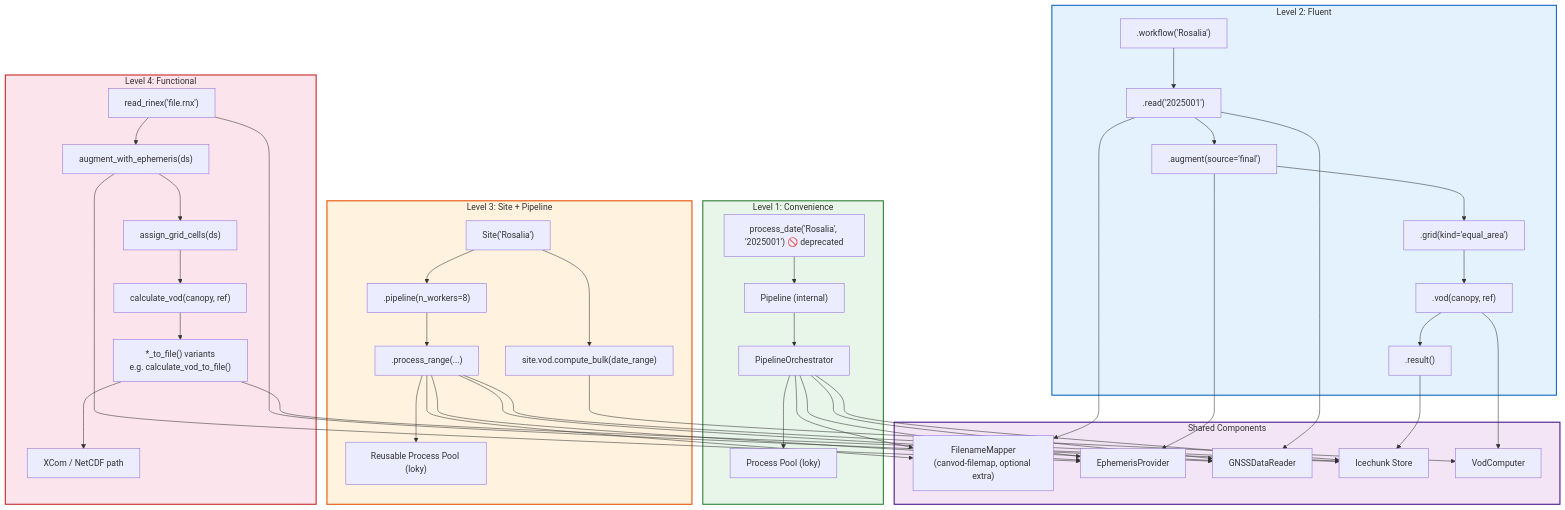
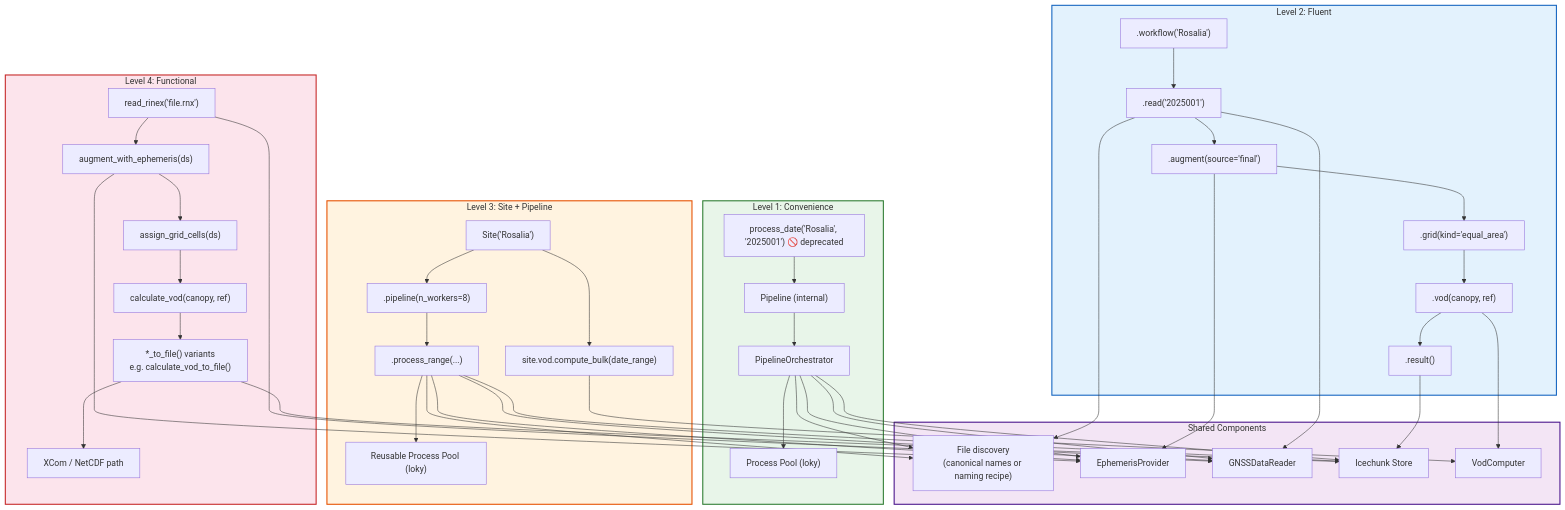
The diagram in docs/diagrams/07-api-levels.mmd (nfb2021/canvodpy), drawn with Mermaid before and after one commit. The commit also changed 26 other files, not shown here.

```diff
--- a/docs/diagrams/07-api-levels.mmd
+++ b/docs/diagrams/07-api-levels.mmd
@@ -1,68 +1,68 @@
 flowchart TD
     subgraph L1["Level 1: Convenience"]
         L1A["process_date('Rosalia', '2025001') 🚫 deprecated"]
         L1A --> L1B["Pipeline (internal)"]
         L1B --> L1C["PipelineOrchestrator"]
         L1C --> L1D["Process Pool (loky)"]
     end
 
     subgraph L2["Level 2: Fluent"]
         L2A[".workflow('Rosalia')"]
         L2A --> L2B[".read('2025001')"]
         L2B --> L2C[".augment(source='final')"]
         L2C --> L2E[".grid(kind='equal_area')"]
         L2E --> L2F[".vod(canopy, ref)"]
         L2F --> L2D[".result()"]
     end
 
     subgraph L3["Level 3: Site + Pipeline"]
         L3A["Site('Rosalia')"]
         L3A --> L3B[".pipeline(n_workers=8)"]
         L3B --> L3C[".process_range(...)"]
         L3C --> L3D["Reusable Process Pool (loky)"]
         L3A --> L3E["site.vod.compute_bulk(date_range)"]
     end
 
     subgraph L4["Level 4: Functional"]
         L4A["read_rinex('file.rnx')"]
         L4A --> L4B["augment_with_ephemeris(ds)"]
         L4B --> L4G["assign_grid_cells(ds)"]
         L4G --> L4C["calculate_vod(canopy, ref)"]
         L4C --> L4H["*_to_file() variants<br/>e.g. calculate_vod_to_file()"]
         L4H --> L4D["XCom / NetCDF path"]
     end
 
     subgraph Shared["Shared Components"]
-        FM["FilenameMapper<br/>(canvod-filemap, optional extra)"]
+        FM["File discovery<br/>(canonical names or naming recipe)"]
         EP["EphemerisProvider"]
         READER["GNSSDataReader"]
         STORE["Icechunk Store"]
         VOD["VodComputer"]
     end
 
     L1C --> FM
     L1C --> EP
     L1C --> READER
     L1C --> STORE
 
     L2B --> FM
     L2B --> READER
     L2C --> EP
     L2F --> VOD
     L2D --> STORE
 
     L3C --> FM
     L3C --> EP
     L3C --> READER
     L3C --> STORE
     L3E --> VOD
 
     L4A --> READER
     L4B --> EP
     L4H --> STORE
 
     style L1 fill:#e8f5e9,stroke:#2e7d32,stroke-width:2px
     style L2 fill:#e3f2fd,stroke:#1565c0,stroke-width:2px
     style L3 fill:#fff3e0,stroke:#e65100,stroke-width:2px
     style L4 fill:#fce4ec,stroke:#c62828,stroke-width:2px
     style Shared fill:#f3e5f5,stroke:#4a148c,stroke-width:2px
```
